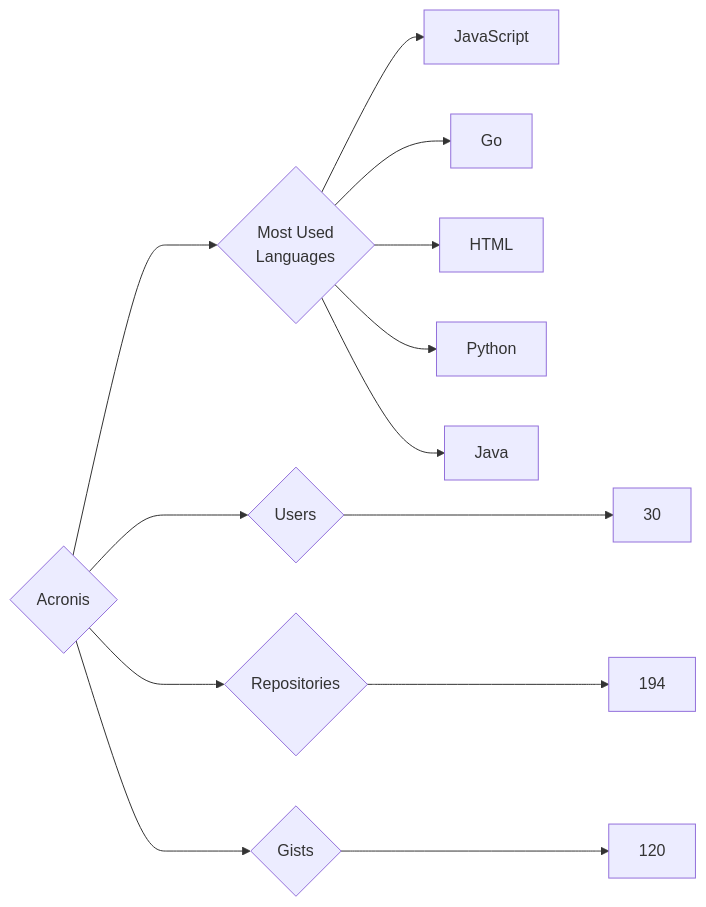
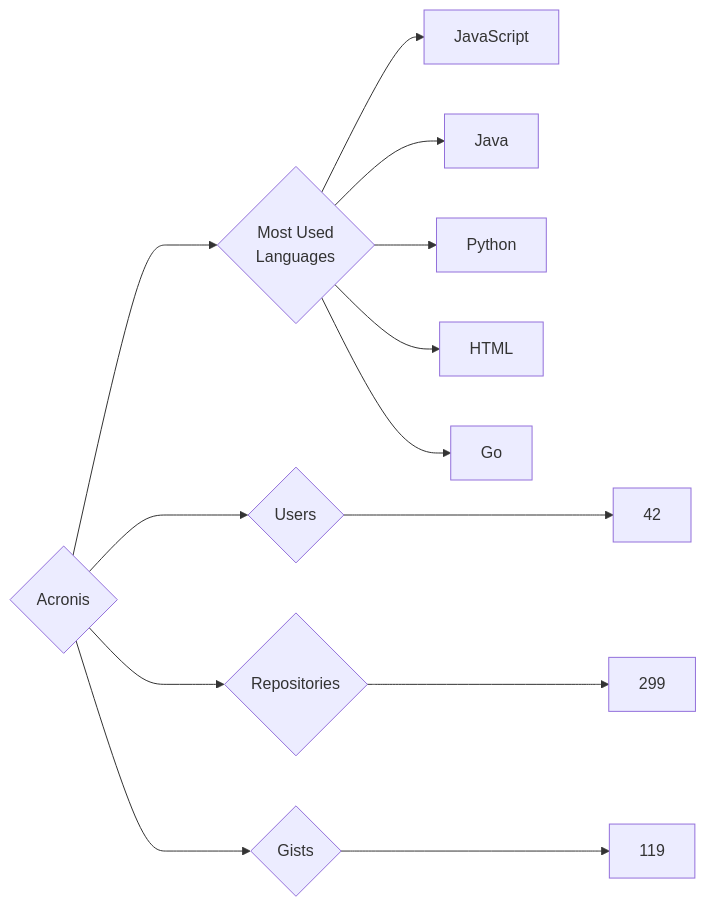
Before and after one commit to trickest/insiders: the diagram in targets/Acronis/README.md, drawn with Mermaid. The commit also changed 775 other files, not shown here.

````diff
--- a/targets/Acronis/README.md
+++ b/targets/Acronis/README.md
@@ -3,13 +3,13 @@
 ```mermaid
 graph LR
 COMPANY_NAME{Acronis}
-COMPANY_NAME ---> U{Users} ---> UN[30]
-COMPANY_NAME ---> R{Repositories} ---> RN[194]
-COMPANY_NAME ---> G{Gists} ---> GN[120]
+COMPANY_NAME ---> U{Users} ---> UN[42]
+COMPANY_NAME ---> R{Repositories} ---> RN[299]
+COMPANY_NAME ---> G{Gists} ---> GN[119]
 COMPANY_NAME ---> ML{Most Used<br>Languages}
 ML --> JavaScript[JavaScript]
+ML --> Java[Java]
+ML --> Python[Python]
+ML --> HTML[HTML]
 ML --> Go[Go]
-ML --> HTML[HTML]
-ML --> Python[Python]
-ML --> Java[Java]
 ```
````
